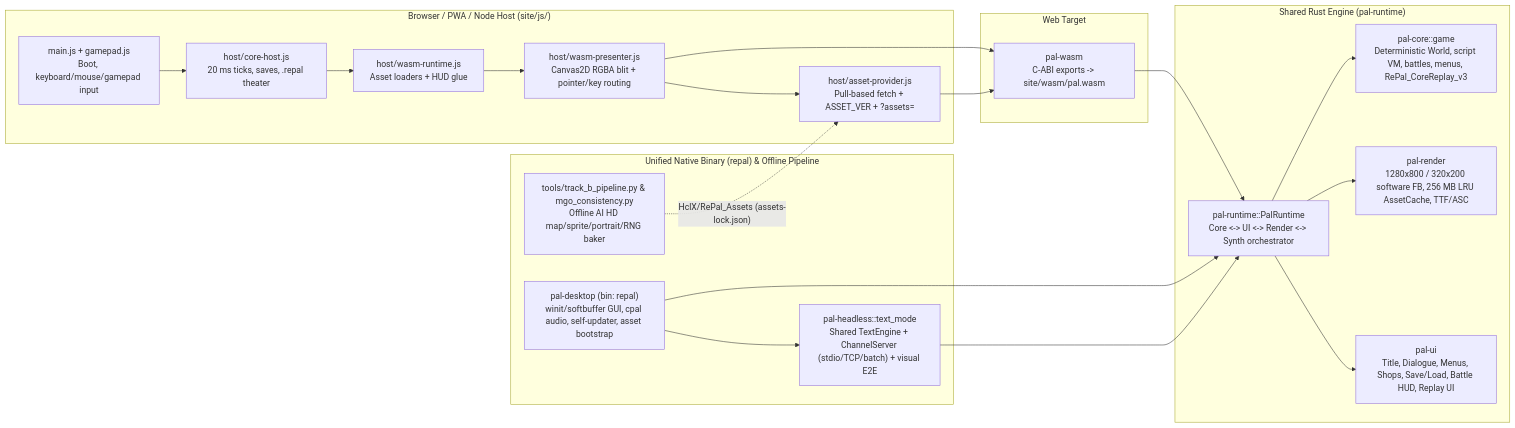
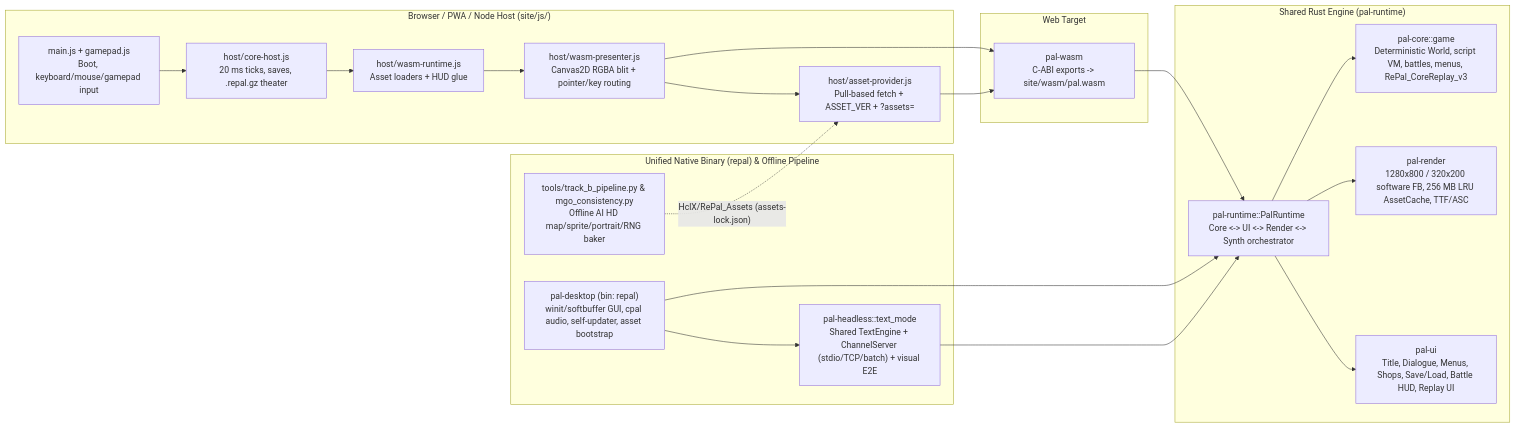
One commit to HclX/RePal changed the diagram in docs/ARCHITECTURE.md. Above: the diagram before and after it, drawn with Mermaid. The commit also changed other lines of this file and 34 other files, not shown here.

````diff
--- a/docs/ARCHITECTURE.md
+++ b/docs/ARCHITECTURE.md
@@ -11,38 +11,38 @@
 ```mermaid
 flowchart LR
   subgraph Browser["Browser / PWA / Node Host (site/js/)"]
     Main["main.js + gamepad.js<br/>Boot, keyboard/mouse/gamepad input"]
-    VM["host/core-host.js<br/>20 ms ticks, saves, .repal theater"]
+    VM["host/core-host.js<br/>20 ms ticks, saves, .repal.gz theater"]
     Host["host/wasm-runtime.js<br/>Asset loaders + HUD glue"]
     Prov["host/asset-provider.js<br/>Pull-based fetch + ASSET_VER + ?assets="]
     Pres["host/wasm-presenter.js<br/>Canvas2D RGBA blit + pointer/key routing"]
   end
 
   subgraph Shared["Shared Rust Engine (pal-runtime)"]
     RT["pal-runtime::PalRuntime<br/>Core <-> UI <-> Render <-> Synth orchestrator"]
     Core["pal-core::game<br/>Deterministic World, script VM, battles, menus, RePal_CoreReplay_v3"]
     Render["pal-render<br/>1280x800 / 320x200 software FB, 256 MB LRU AssetCache, TTF/ASC"]
     UI["pal-ui<br/>Title, Dialogue, Menus, Shops, Save/Load, Battle HUD, Replay UI"]
     RT --> Core
     RT --> Render
     RT --> UI
   end
 
   subgraph Wasm["Web Target"]
     Bridge["pal-wasm<br/>C-ABI exports -> site/wasm/pal.wasm"]
   end
 
   subgraph Native["Unified Native Binary (repal) & Offline Pipeline"]
     Repal["pal-desktop (bin: repal)<br/>winit/softbuffer GUI, cpal audio, self-updater, asset bootstrap"]
     Text["pal-headless::text_mode<br/>Shared TextEngine + ChannelServer (stdio/TCP/batch) + visual E2E"]
     TrackB["tools/track_b_pipeline.py & mgo_consistency.py<br/>Offline AI HD map/sprite/portrait/RNG baker"]
   end
 
   Main --> VM --> Host
   Host --> Pres --> Bridge --> RT
   Pres --> Prov --> Bridge
   Repal --> RT
   Repal --> Text
   Text --> RT
   TrackB -.->|"HclX/RePal_Assets (assets-lock.json)"| Prov
 ```
````
